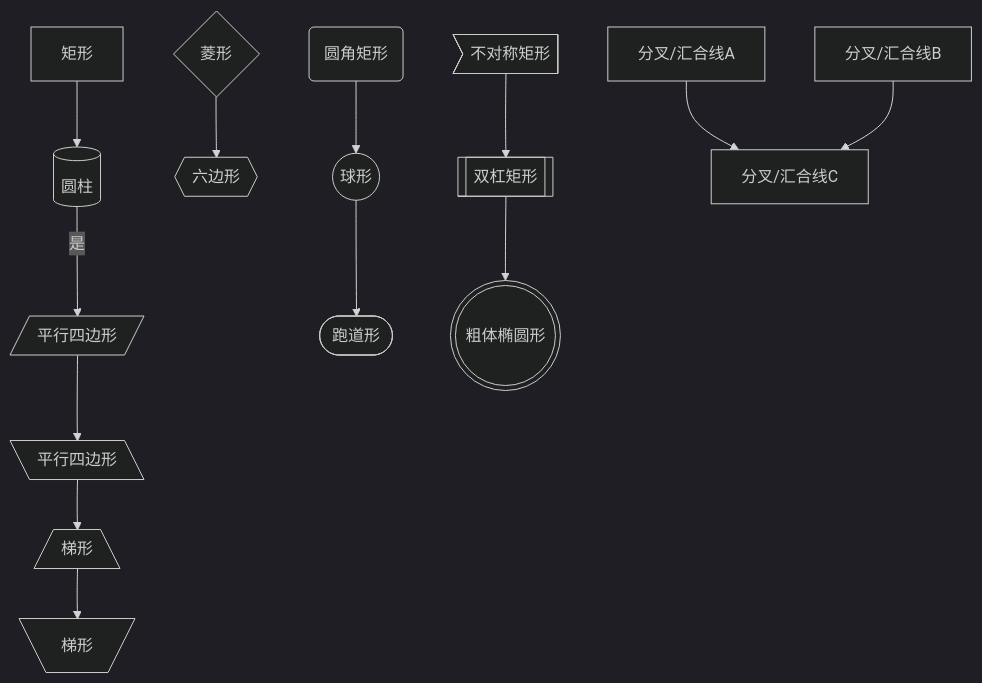
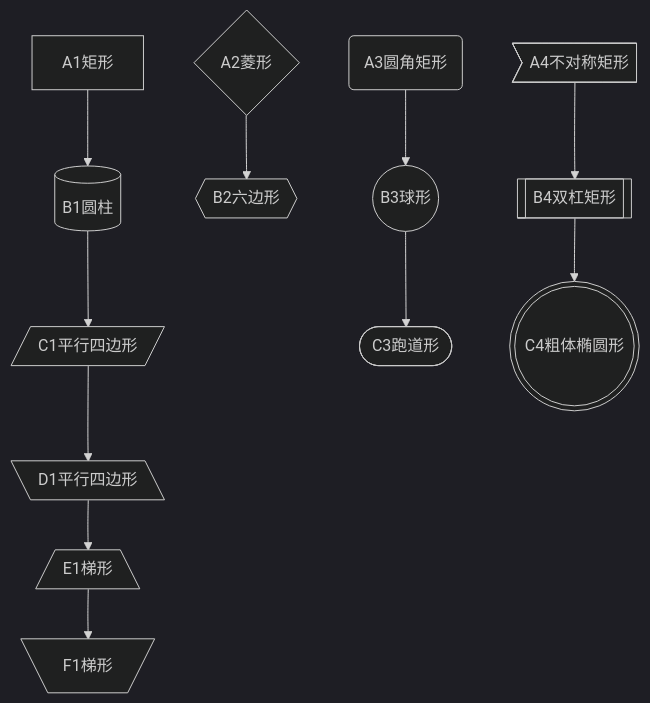
Before and after one commit to starsrecall/My_BLog: the sixth of 14 diagrams in 笔记/Mermaid/assets/2.在Markdown中制作流成图.md, drawn with Mermaid (dark theme). The commit also changed other lines of this file, not shown here.

Commit message:
完成在Markdown中制作流成图的笔记

````diff
--- a/笔记/Mermaid/assets/2.在Markdown中制作流成图.md
+++ b/笔记/Mermaid/assets/2.在Markdown中制作流成图.md
@@ -183,19 +176,17 @@
 ```mermaid
 graph TD
-	A1[矩形]-->B1[(圆柱)]
-	B1[(圆柱)]-->|是|C1[/平行四边形/]
-	C1[/平行四边形/]-->D1[\平行四边形\]
-	D1[\平行四边形\]-->E1[/梯形\]
-	E1[/梯形\]-->F1[\梯形/]
+	A1[A1矩形]-->B1[(B1圆柱)]
+	B1[(B1圆柱)]-->C1[/C1平行四边形/]
+	C1[/C1平行四边形/]-->D1[\D1平行四边形\]
+	D1[\D1平行四边形\]-->E1[/E1梯形\]
+	E1[/E1梯形\]-->F1[\F1梯形/]
 	
-	A2{菱形}-->B2{{六边形}}
+	A2{A2菱形}-->B2{{B2六边形}}
 	
 	
-	A3(圆角矩形)-->B3((球形))
-	B3((球形))-->C3([跑道形])
+	A3(A3圆角矩形)-->B3((B3球形))
+	B3((B3球形))-->C3([C3跑道形])
 	
-	A4>不对称矩形]-->B4[[双杠矩形]] 
-	B4[[双杠矩形]] --> C4(((粗体椭圆形)))
-	
-	A5[分叉/汇合线A] & A6[分叉/汇合线B] -->B5[分叉/汇合线C]
+	A4>A4不对称矩形]-->B4[[B4双杠矩形]] 
+	B4[[B4双杠矩形]] --> C4(((C4粗体椭圆形)))
 ```
````
